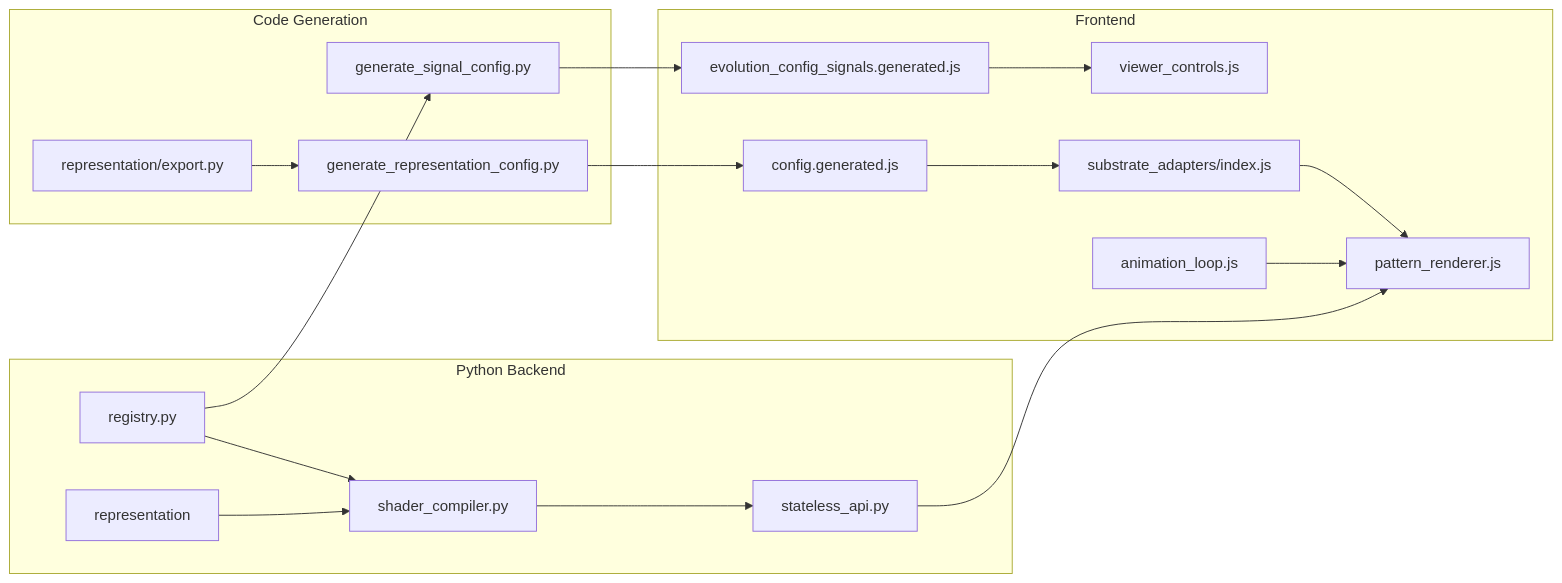
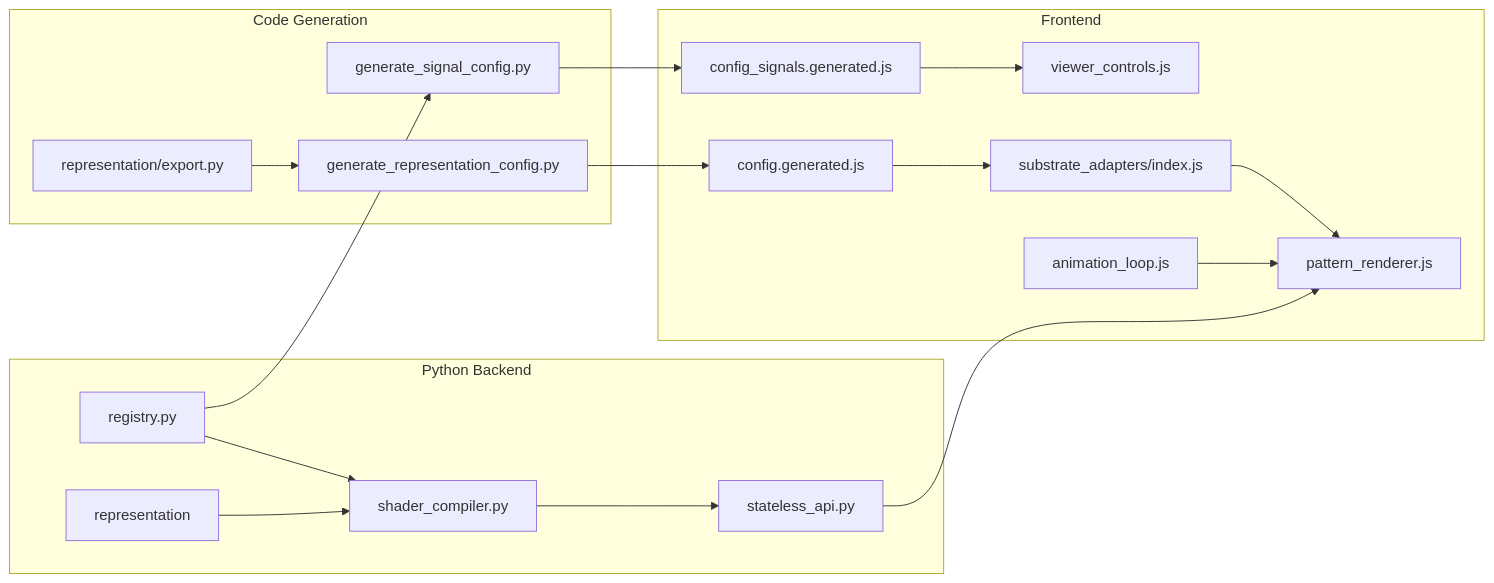
One commit to KeithPatarroyo/eyecatcher changed the diagram in RESEARCHER_GUIDE.md. Above: the diagram before and after it, drawn with Mermaid. The commit also changed other lines of this file, not shown here.

````diff
--- a/RESEARCHER_GUIDE.md
+++ b/RESEARCHER_GUIDE.md
@@ -38,24 +45,24 @@
 ```mermaid
 flowchart LR
     subgraph python [Python Backend]
         Signals[registry.py] --> ShaderCompiler[shader_compiler.py]
         Rep[representation]
         Rep --> ShaderCompiler
         ShaderCompiler --> API[stateless_api.py]
     end
 
     subgraph codegen [Code Generation]
         Signals --> GenSignals[generate_signal_config.py]
         RepExport[representation/export.py] --> GenRep[generate_representation_config.py]
     end
 
     subgraph frontend [Frontend]
-        GenSignals --> EvConfig[evolution_config_signals.generated.js]
+        GenSignals --> EvConfig[config_signals.generated.js]
         GenRep --> SubConfig[config.generated.js]
         EvConfig --> ViewerControls[viewer_controls.js]
         SubConfig --> AdapterRegistry[substrate_adapters/index.js]
         AdapterRegistry --> PatternRenderer[pattern_renderer.js]
         AnimLoop[animation_loop.js] --> PatternRenderer
         API --> PatternRenderer
     end
 ```
````
